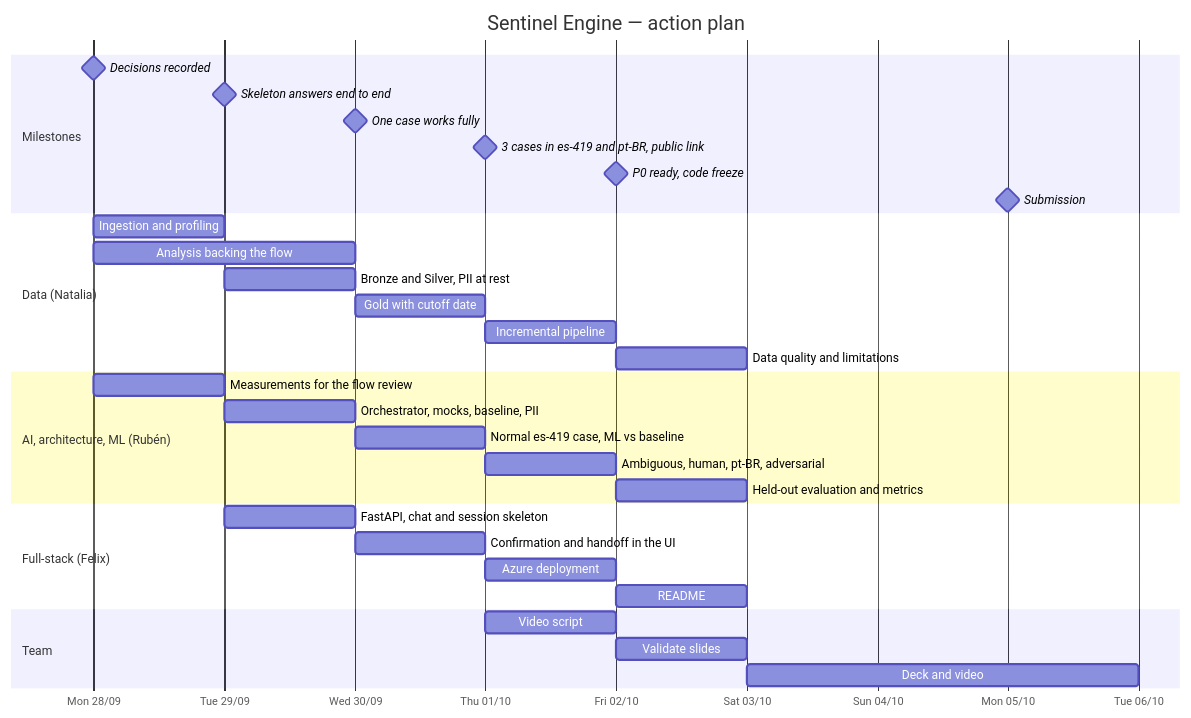
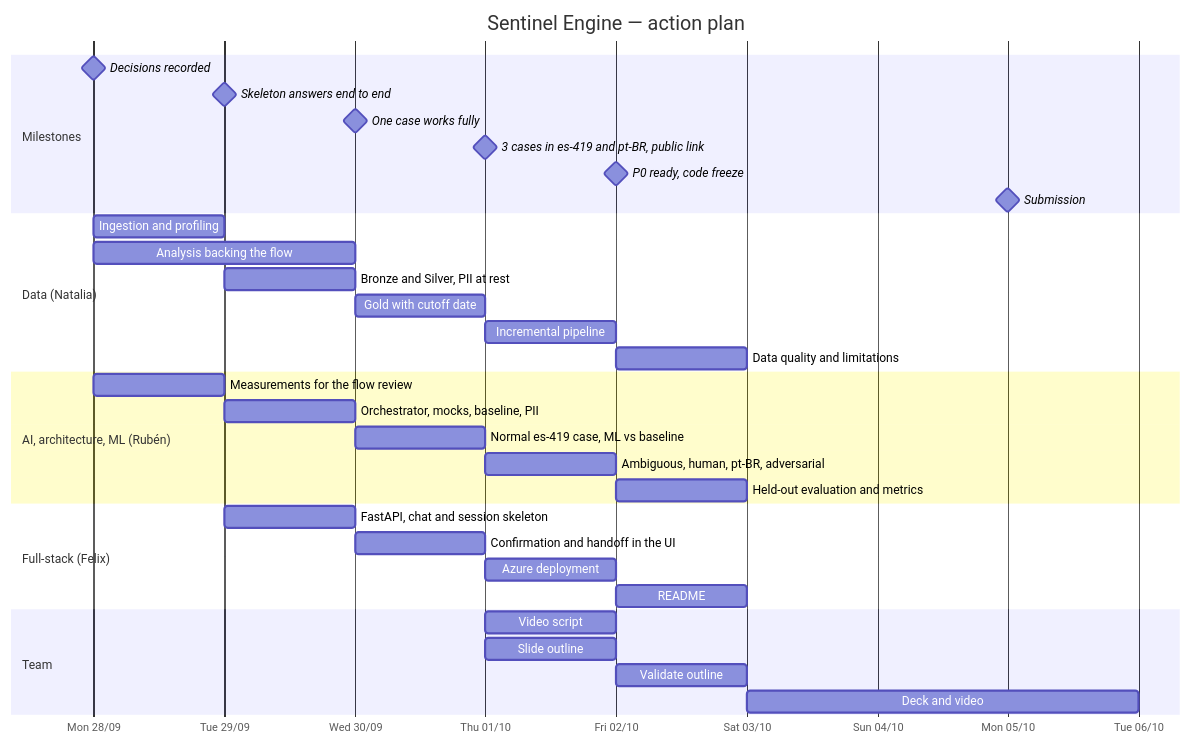
The fifth of 5 diagrams in docs/build/architecture-roadmap.md (rdorta27/factored-hackathon-2026-sentinel-engine), drawn with Mermaid before and after one commit. The commit also changed other lines of this file and 4 other files, not shown here.

First line of the commit message:
docs: move the slide outline to Thursday and review the deck from Friday

````diff
--- a/docs/build/architecture-roadmap.md
+++ b/docs/build/architecture-roadmap.md
@@ -126,37 +126,38 @@
 ```mermaid
 gantt
     title Sentinel Engine — action plan
     dateFormat YYYY-MM-DD
     axisFormat %a %d/%m
     tickInterval 1day
     todayMarker off
     section Milestones
     Decisions recorded                     :milestone, m1, 2026-09-28, 0d
     Skeleton answers end to end            :milestone, m2, 2026-09-29, 0d
     One case works fully                   :milestone, m3, 2026-09-30, 0d
     3 cases in es-419 and pt-BR, public link      :milestone, m4, 2026-10-01, 0d
     P0 ready, code freeze                  :milestone, m5, 2026-10-02, 0d
     Submission                             :milestone, m6, 2026-10-05, 0d
     section Data (Natalia)
     Ingestion and profiling                :2026-09-28, 1d
     Analysis backing the flow              :2026-09-28, 2d
     Bronze and Silver, PII at rest         :2026-09-29, 1d
     Gold with cutoff date                  :2026-09-30, 1d
     Incremental pipeline                   :2026-10-01, 1d
     Data quality and limitations           :2026-10-02, 1d
     section AI, architecture, ML (Rubén)
     Measurements for the flow review       :2026-09-28, 1d
     Orchestrator, mocks, baseline, PII     :2026-09-29, 1d
     Normal es-419 case, ML vs baseline         :2026-09-30, 1d
     Ambiguous, human, pt-BR, adversarial   :2026-10-01, 1d
     Held-out evaluation and metrics        :2026-10-02, 1d
     section Full-stack (Felix)
     FastAPI, chat and session skeleton     :2026-09-29, 1d
     Confirmation and handoff in the UI     :2026-09-30, 1d
     Azure deployment                       :2026-10-01, 1d
     README                                 :2026-10-02, 1d
     section Team
     Video script                           :2026-10-01, 1d
-    Validate slides                        :2026-10-02, 1d
+    Slide outline                          :2026-10-01, 1d
+    Validate outline                       :2026-10-02, 1d
     Deck and video                         :2026-10-03, 3d
 ```
````
